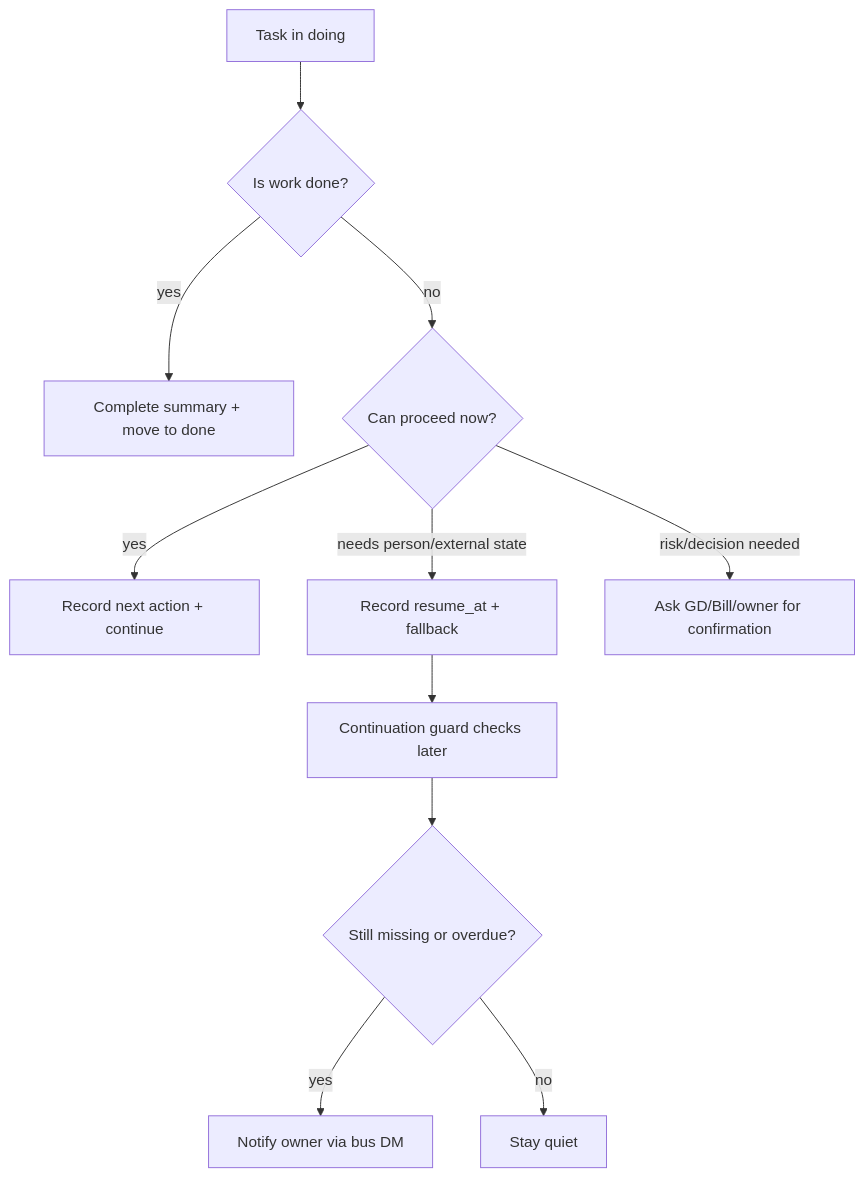
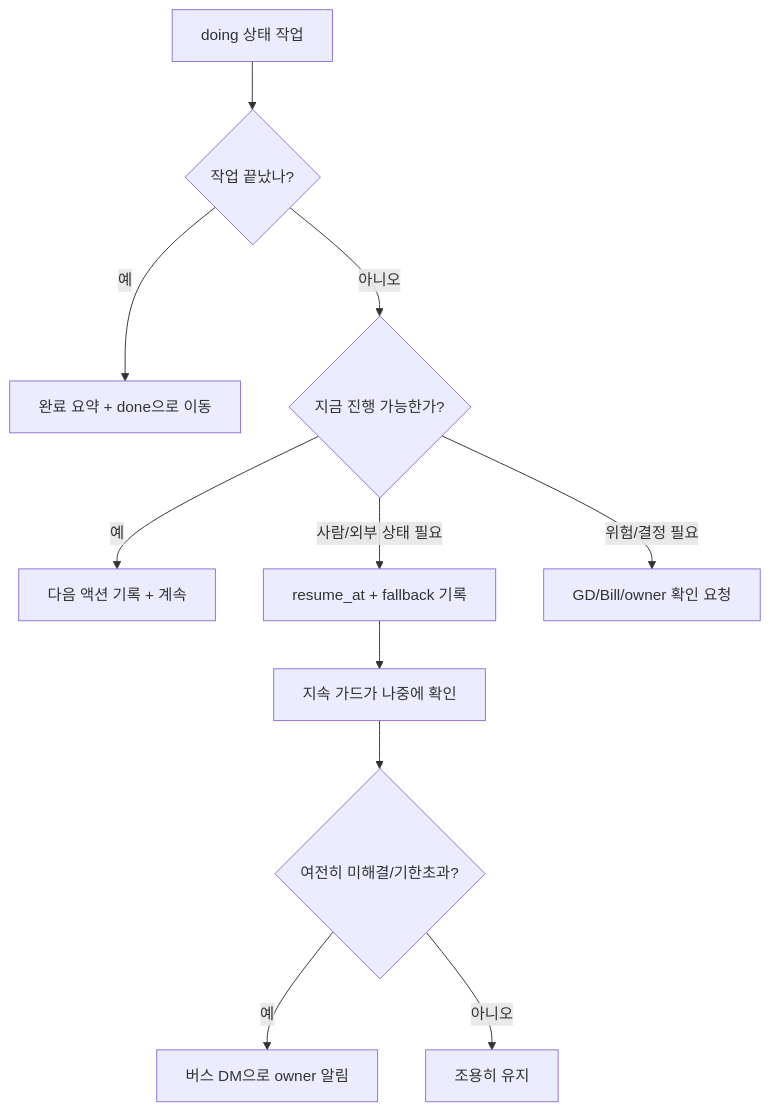
One commit to b3rys/b3rys-team-os changed the fifth of 6 diagrams in docs/COMMUNICATION_FLOW.md. Above: the diagram before and after it, drawn with Mermaid. The commit also changed other lines of this file, not shown here.

First line of the commit message:
docs(comm-flow): 한글화 + mermaid 파싱에러 수정 (#31)

````diff
--- a/docs/COMMUNICATION_FLOW.md
+++ b/docs/COMMUNICATION_FLOW.md
@@ -167,13 +169,13 @@
 ```mermaid
 flowchart TD
-  A[Task in doing] --> B{Is work done?}
-  B -->|yes| C[Complete summary + move to done]
-  B -->|no| D{Can proceed now?}
-  D -->|yes| E[Record next action + continue]
-  D -->|needs person/external state| F[Record resume_at + fallback]
-  D -->|risk/decision needed| G[Ask GD/Bill/owner for confirmation]
-  F --> H[Continuation guard checks later]
-  H --> I{Still missing or overdue?}
-  I -->|yes| J[Notify owner via bus DM]
-  I -->|no| K[Stay quiet]
+  A["doing 상태 작업"] --> B{"작업 끝났나?"}
+  B -->|"예"| C["완료 요약 + done으로 이동"]
+  B -->|"아니오"| D{"지금 진행 가능한가?"}
+  D -->|"예"| E["다음 액션 기록 + 계속"]
+  D -->|"사람/외부 상태 필요"| F["resume_at + fallback 기록"]
+  D -->|"위험/결정 필요"| G["GD/Bill/owner 확인 요청"]
+  F --> H["지속 가드가 나중에 확인"]
+  H --> I{"여전히 미해결/기한초과?"}
+  I -->|"예"| J["버스 DM으로 owner 알림"]
+  I -->|"아니오"| K["조용히 유지"]
 ```
````
